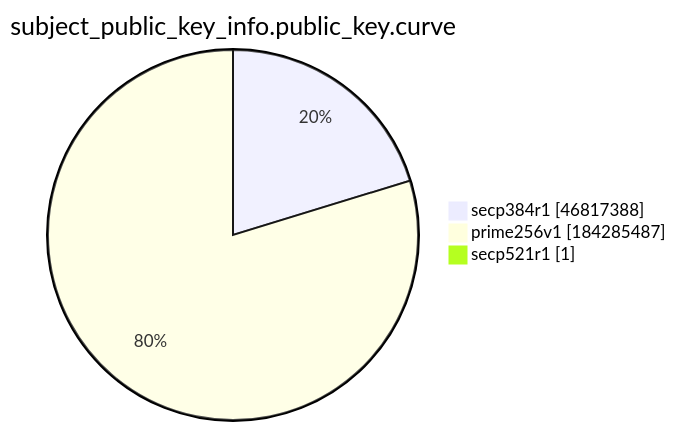
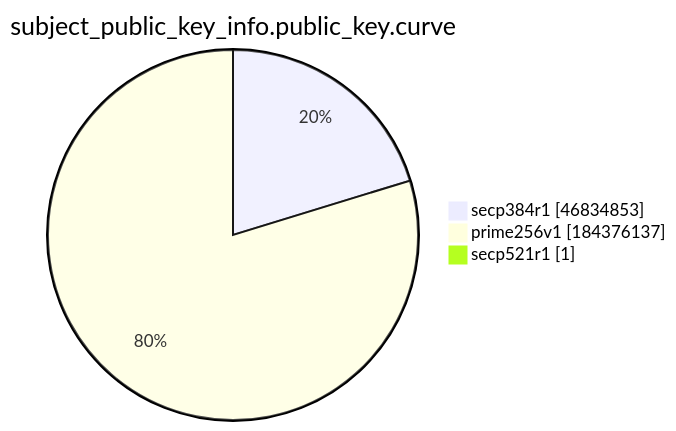
Before and after one commit to christiankrug/ctmonitor_visualization: the ninth of 15 diagrams in xenon2022/README.md, drawn with Mermaid. The commit also changed other lines of this file, not shown here.

````diff
--- a/xenon2022/README.md
+++ b/xenon2022/README.md
@@ -2874,7 +2874,7 @@
 ```mermaid
 pie showData
 title subject_public_key_info.public_key.curve
-"secp384r1" :46817388
-"prime256v1" :184285487
+"secp384r1" :46834853
+"prime256v1" :184376137
 "secp521r1" :1
 ```
````
